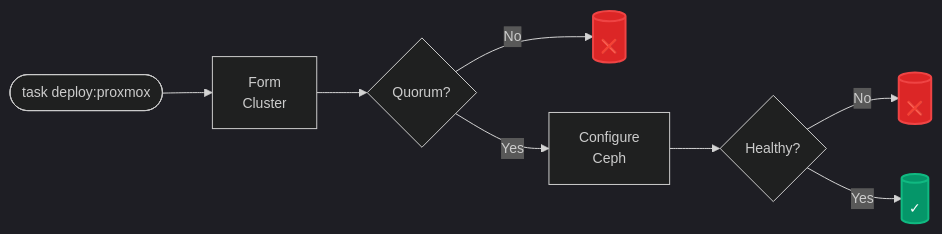
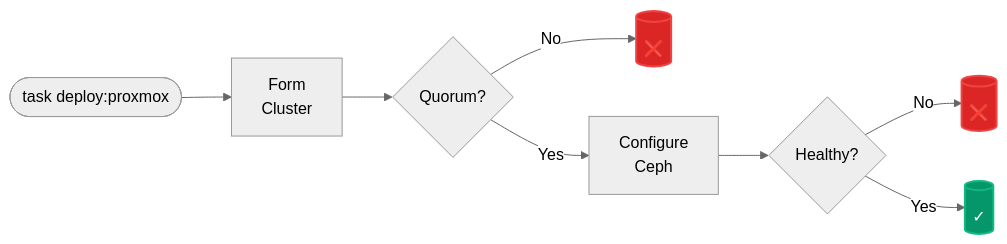
The fifth of 18 diagrams in docs/ARCHITECTURE-DIAGRAMS.md (syscode-labs/oci-free-tier-manager), drawn with Mermaid before and after one commit. The commit also changed other lines of this file and 1 other file, not shown here.

First line of the commit message:
fix: simplify to neutral theme for GitHub compatibility

````diff
--- a/docs/ARCHITECTURE-DIAGRAMS.md
+++ b/docs/ARCHITECTURE-DIAGRAMS.md
@@ -185,27 +153,19 @@
 ```mermaid
 ---
 config:
-  theme: dark
-  themeVariables:
-    darkMode: true
-    fontFamily: "arial"
-    fontSize: "14px"
-  flowchart:
-    useMaxWidth: true
-    htmlLabels: true
-    curve: basis
+  theme: neutral
 ---
 flowchart LR
     Start(["task deploy:proxmox"]) --> Cluster["Form<br/>Cluster"]
     Cluster --> Check1{"Quorum?"}
     Check1 -->|No| Fail1[("❌")]
     Check1 -->|Yes| Ceph["Configure<br/>Ceph"]
     Ceph --> Check2{"Healthy?"}
     Check2 -->|No| Fail2[("❌")]
     Check2 -->|Yes| Done[("✓")]
     
     classDef success fill:#059669,stroke:#10b981,stroke-width:2px,color:#fff
     classDef error fill:#dc2626,stroke:#ef4444,stroke-width:2px,color:#fff
     class Done success
     class Fail1,Fail2 error
 ```
````
